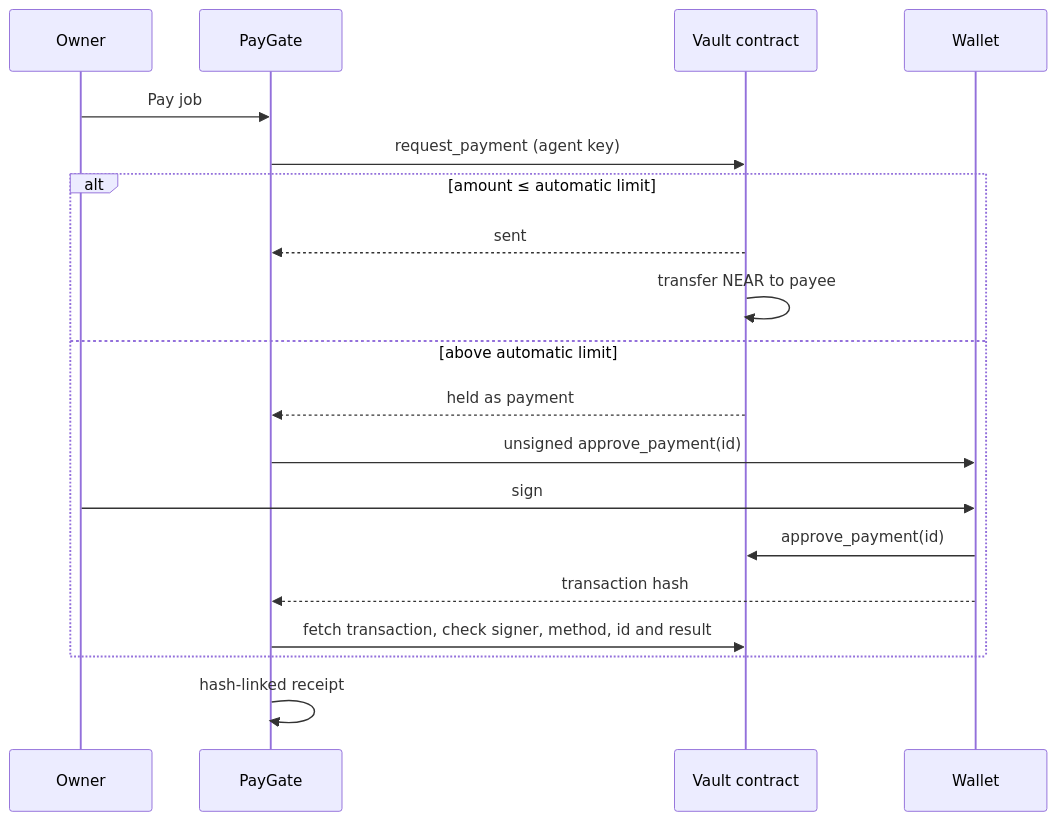
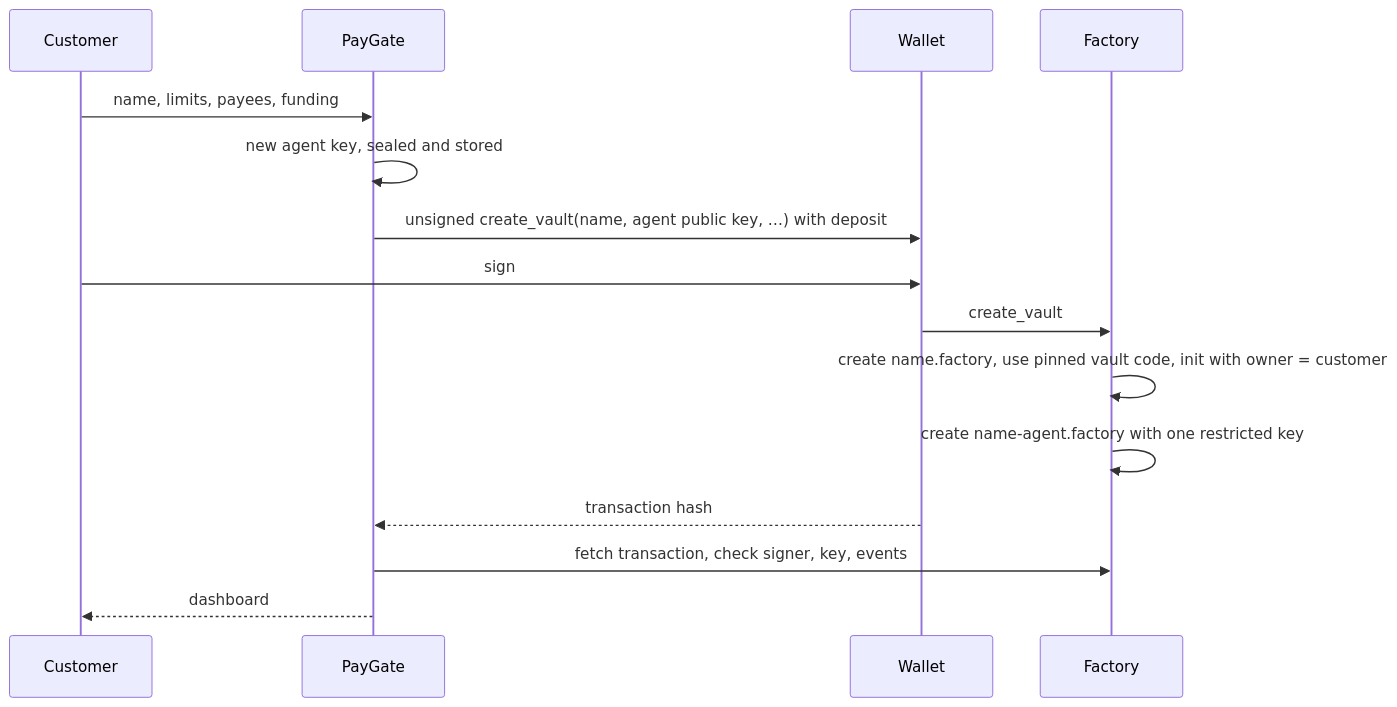
The second of 2 diagrams in README.md (drained69/PayGate), drawn with Mermaid before and after one commit. The commit also changed other lines of this file and 40 other files, not shown here.

First line of the commit message:
Turn PayGate into a public multi-customer service

````diff
--- a/README.md
+++ b/README.md
@@ -125,21 +129,17 @@
 ```mermaid
 sequenceDiagram
-  participant O as Owner
+  participant C as Customer
   participant P as PayGate
-  participant V as Vault contract
   participant W as Wallet
-  O->>P: Pay job
-  P->>V: request_payment (agent key)
-  alt amount ≤ automatic limit
-    V-->>P: sent
-    V->>V: transfer NEAR to payee
-  else above automatic limit
-    V-->>P: held as payment #id
-    P->>W: unsigned approve_payment(id)
-    O->>W: sign
-    W->>V: approve_payment(id)
-    W-->>P: transaction hash
-    P->>V: fetch transaction, check signer, method, id and result
-  end
-  P->>P: hash-linked receipt
+  participant F as Factory
+  C->>P: name, limits, payees, funding
+  P->>P: new agent key, sealed and stored
+  P->>W: unsigned create_vault(name, agent public key, …) with deposit
+  C->>W: sign
+  W->>F: create_vault
+  F->>F: create name.factory, use pinned vault code, init with owner = customer
+  F->>F: create name-agent.factory with one restricted key
+  W-->>P: transaction hash
+  P->>F: fetch transaction, check signer, key, events
+  P-->>C: dashboard
 ```
````
